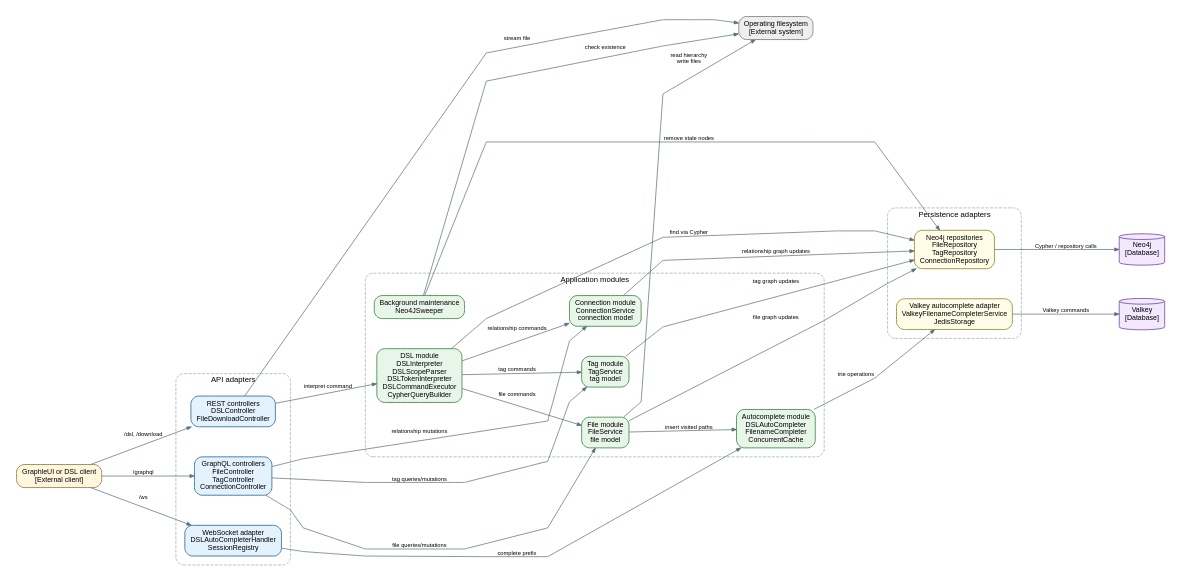
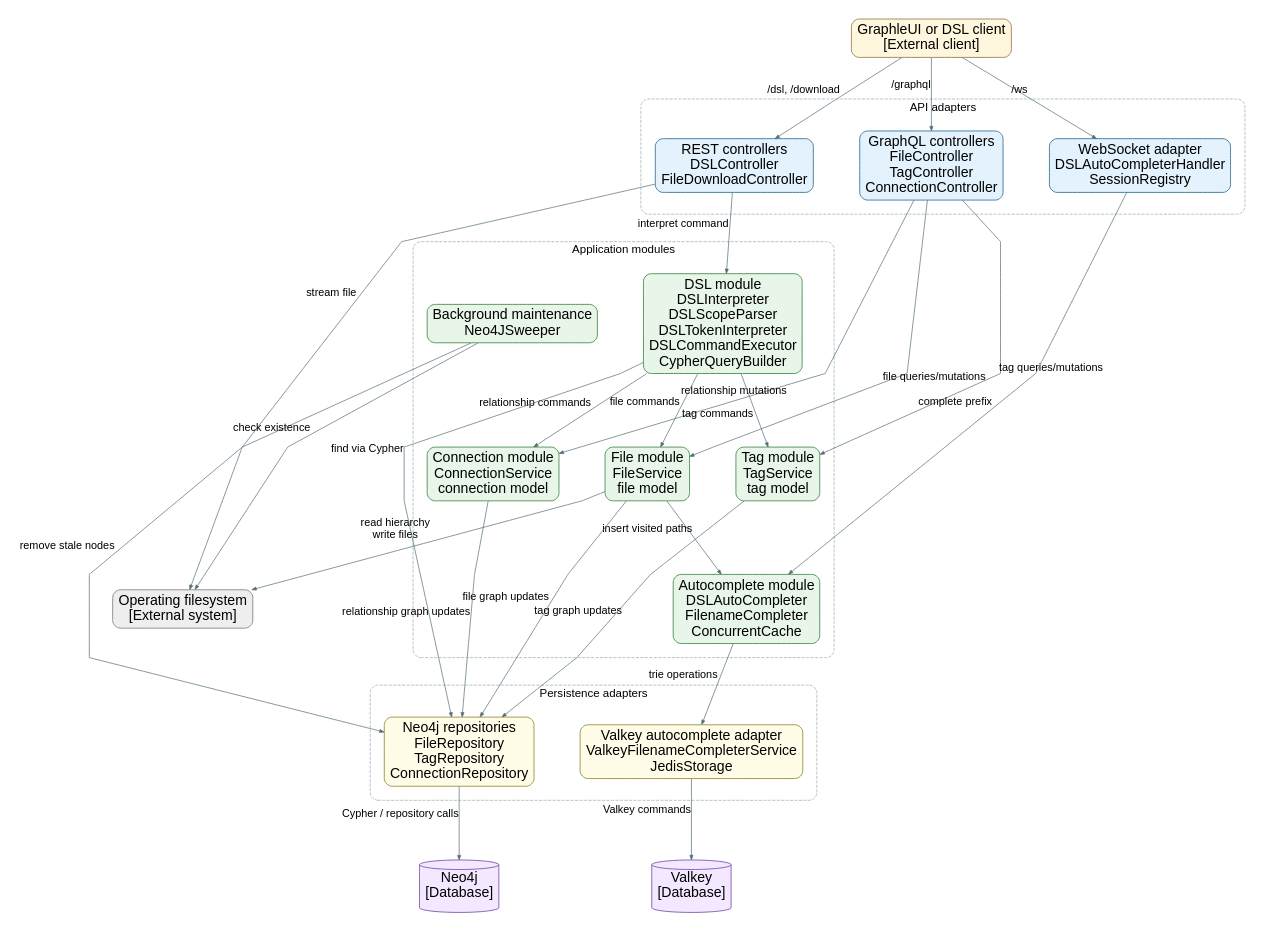
One commit to TrueBubo/Graphle changed the diagram in thesis/chapters/design/architecture/graphle-manager-components-c4.dot. Above: the diagram before and after it, drawn with Graphviz. The commit also changed 17 other files, not shown here.

```diff
--- a/thesis/chapters/design/architecture/graphle-manager-components-c4.dot
+++ b/thesis/chapters/design/architecture/graphle-manager-components-c4.dot
@@ -1,178 +1,179 @@
 digraph GraphleManagerComponents {
   graph [
-    rankdir=LR,
+    rankdir=TB,
     bgcolor="white",
-    pad=0.25,
-    nodesep=0.65,
-    ranksep=0.95,
+    pad=0.30,
+    nodesep=1,
+    ranksep=1.6,
     splines=polyline,
     compound=true,
-    outputorder=edgesfirst
+    outputorder=edgesfirst,
+    forcelabels=true
   ];
 
   node [
     shape=rect,
     style="rounded,filled",
     fontname="Arial",
-    fontsize=11,
+    fontsize=22,
     color="#455a64",
     penwidth=1.2,
     fillcolor="#f7f9fb",
     margin="0.12,0.08"
   ];
 
   edge [
     fontname="Arial",
-    fontsize=9,
+    fontsize=17,
     color="#546e7a",
     arrowsize=0.7,
     penwidth=1.1
   ];
 
   clients [
     label="GraphleUI or DSL client\n[External client]",
     fillcolor="#fff7dd",
     color="#8a6d3b"
   ];
 
   subgraph cluster_api {
     label="API adapters";
     fontname="Arial";
-    fontsize=12;
+    fontsize=18;
     color="#90a4ae";
     style="rounded,dashed";
-    margin=14;
+    margin=22;
 
     graphql_api [
       label="GraphQL controllers\nFileController\nTagController\nConnectionController",
       fillcolor="#e3f2fd",
       color="#1e5f8f"
     ];
 
     rest_api [
       label="REST controllers\nDSLController\nFileDownloadController",
       fillcolor="#e3f2fd",
       color="#1e5f8f"
     ];
 
     websocket_api [
       label="WebSocket adapter\nDSLAutoCompleterHandler\nSessionRegistry",
       fillcolor="#e3f2fd",
       color="#1e5f8f"
     ];
   }
 
   subgraph cluster_domain {
     label="Application modules";
     fontname="Arial";
-    fontsize=12;
+    fontsize=18;
     color="#90a4ae";
     style="rounded,dashed";
-    margin=14;
+    margin=22;
 
     file_module [
       label="File module\nFileService\nfile model",
       fillcolor="#e8f5e9",
       color="#2e7d32"
     ];
 
     tag_module [
       label="Tag module\nTagService\ntag model",
       fillcolor="#e8f5e9",
       color="#2e7d32"
     ];
 
     connection_module [
       label="Connection module\nConnectionService\nconnection model",
       fillcolor="#e8f5e9",
       color="#2e7d32"
     ];
 
     dsl_module [
       label="DSL module\nDSLInterpreter\nDSLScopeParser\nDSLTokenInterpreter\nDSLCommandExecutor\nCypherQueryBuilder",
       fillcolor="#e8f5e9",
       color="#2e7d32"
     ];
 
     autocomplete_module [
       label="Autocomplete module\nDSLAutoCompleter\nFilenameCompleter\nConcurrentCache",
       fillcolor="#e8f5e9",
       color="#2e7d32"
     ];
 
     sweeper_module [
       label="Background maintenance\nNeo4JSweeper",
       fillcolor="#e8f5e9",
       color="#2e7d32"
     ];
   }
 
   subgraph cluster_persistence {
     label="Persistence adapters";
     fontname="Arial";
-    fontsize=12;
+    fontsize=18;
     color="#90a4ae";
     style="rounded,dashed";
-    margin=14;
+    margin=22;
 
     repositories [
       label="Neo4j repositories\nFileRepository\nTagRepository\nConnectionRepository",
       fillcolor="#fffde7",
       color="#8a7b1f"
     ];
 
     valkey_adapter [
       label="Valkey autocomplete adapter\nValkeyFilenameCompleterService\nJedisStorage",
       fillcolor="#fffde7",
       color="#8a7b1f"
     ];
   }
 
   filesystem [
     label="Operating filesystem\n[External system]",
     fillcolor="#eeeeee",
     color="#737373"
   ];
 
   neo4j [
     label="Neo4j\n[Database]",
     shape=cylinder,
     fillcolor="#f3e8ff",
     color="#6a3ea1"
   ];
 
   valkey [
     label="Valkey\n[Database]",
     shape=cylinder,
     fillcolor="#f3e8ff",
     color="#6a3ea1"
   ];
 
-  clients -> graphql_api [label="/graphql"];
-  clients -> rest_api [label="/dsl, /download"];
-  clients -> websocket_api [label="/ws"];
+  clients -> graphql_api [xlabel="/graphql"];
+  clients -> rest_api [xlabel="/dsl, /download"];
+  clients -> websocket_api [xlabel="/ws"];
 
-  graphql_api -> file_module [label="file queries/mutations"];
-  graphql_api -> tag_module [label="tag queries/mutations"];
-  graphql_api -> connection_module [label="relationship mutations"];
-  rest_api -> dsl_module [label="interpret command"];
-  rest_api -> filesystem [label="stream file"];
-  websocket_api -> autocomplete_module [label="complete prefix"];
+  graphql_api -> file_module [xlabel="file queries/mutations"];
+  graphql_api -> tag_module [xlabel="tag queries/mutations"];
+  graphql_api -> connection_module [xlabel="relationship mutations"];
+  rest_api -> dsl_module [xlabel="interpret command"];
+  rest_api -> filesystem [xlabel="stream file"];
+  websocket_api -> autocomplete_module [xlabel="complete prefix"];
 
-  dsl_module -> file_module [label="file commands"];
-  dsl_module -> tag_module [label="tag commands"];
-  dsl_module -> connection_module [label="relationship commands"];
-  dsl_module -> repositories [label="find via Cypher"];
+  dsl_module -> file_module [xlabel="file commands"];
+  dsl_module -> tag_module [xlabel="tag commands"];
+  dsl_module -> connection_module [xlabel="relationship commands"];
+  dsl_module -> repositories [xlabel="find via Cypher"];
 
-  file_module -> repositories [label="file graph updates"];
-  file_module -> filesystem [label="read hierarchy\nwrite files"];
-  file_module -> autocomplete_module [label="insert visited paths"];
-  tag_module -> repositories [label="tag graph updates"];
-  connection_module -> repositories [label="relationship graph updates"];
-  sweeper_module -> repositories [label="remove stale nodes"];
-  sweeper_module -> filesystem [label="check existence"];
+  file_module -> repositories [xlabel="file graph updates"];
+  file_module -> filesystem [xlabel="read hierarchy\nwrite files"];
+  file_module -> autocomplete_module [xlabel="insert visited paths"];
+  tag_module -> repositories [xlabel="tag graph updates"];
+  connection_module -> repositories [xlabel="relationship graph updates"];
+  sweeper_module -> repositories [xlabel="remove stale nodes"];
+  sweeper_module -> filesystem [xlabel="check existence"];
 
-  autocomplete_module -> valkey_adapter [label="trie operations"];
-  repositories -> neo4j [label="Cypher / repository calls"];
-  valkey_adapter -> valkey [label="Valkey commands"];
+  autocomplete_module -> valkey_adapter [xlabel="trie operations"];
+  repositories -> neo4j [xlabel="Cypher / repository calls"];
+  valkey_adapter -> valkey [xlabel="Valkey commands"];
 }
```
